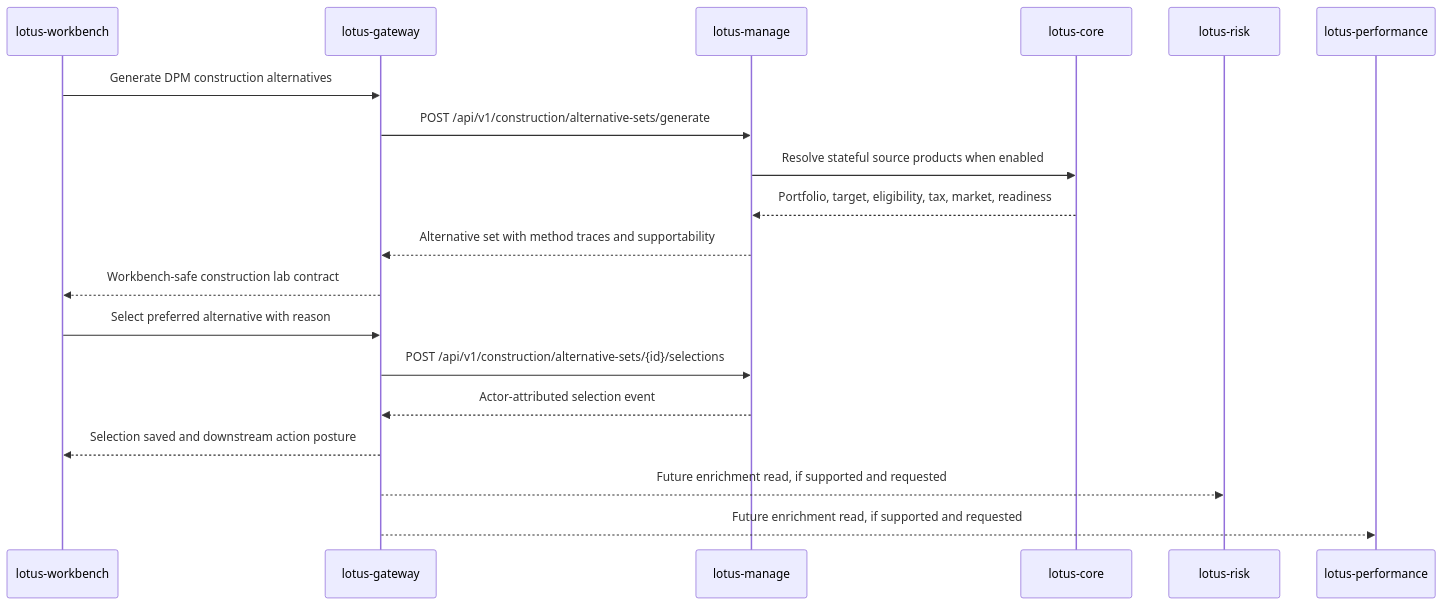
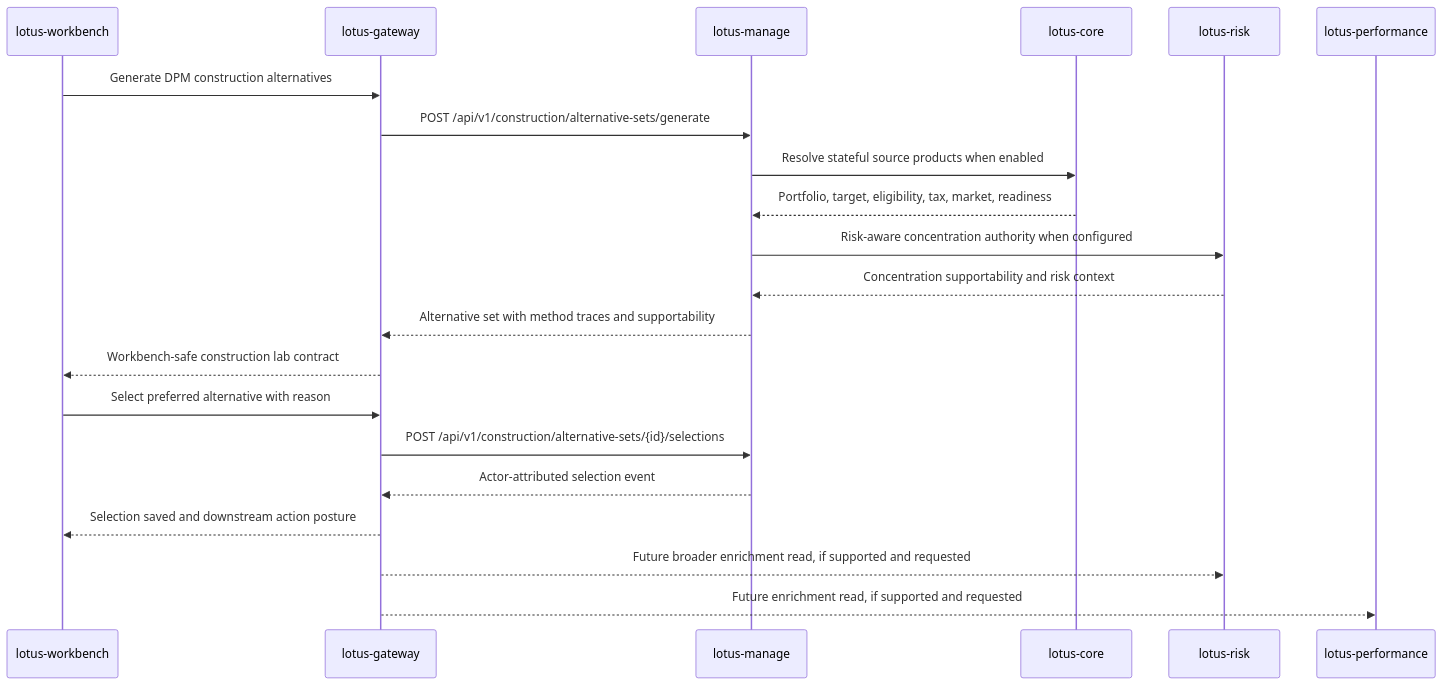
The diagram in docs/architecture/dpm-construction-alternatives-gateway-workbench-handoff.md (sgajbi/lotus-manage), drawn with Mermaid before and after one commit. The commit also changed other lines of this file and 25 other files, not shown here.

````diff
--- a/docs/architecture/dpm-construction-alternatives-gateway-workbench-handoff.md
+++ b/docs/architecture/dpm-construction-alternatives-gateway-workbench-handoff.md
@@ -141,22 +154,24 @@
 ```mermaid
 sequenceDiagram
     participant Workbench as lotus-workbench
     participant Gateway as lotus-gateway
     participant Manage as lotus-manage
     participant Core as lotus-core
     participant Risk as lotus-risk
     participant Perf as lotus-performance
 
     Workbench->>Gateway: Generate DPM construction alternatives
     Gateway->>Manage: POST /api/v1/construction/alternative-sets/generate
     Manage->>Core: Resolve stateful source products when enabled
     Core-->>Manage: Portfolio, target, eligibility, tax, market, readiness
+    Manage->>Risk: Risk-aware concentration authority when configured
+    Risk-->>Manage: Concentration supportability and risk context
     Manage-->>Gateway: Alternative set with method traces and supportability
     Gateway-->>Workbench: Workbench-safe construction lab contract
     Workbench->>Gateway: Select preferred alternative with reason
     Gateway->>Manage: POST /api/v1/construction/alternative-sets/{id}/selections
     Manage-->>Gateway: Actor-attributed selection event
     Gateway-->>Workbench: Selection saved and downstream action posture
-    Gateway-->>Risk: Future enrichment read, if supported and requested
+    Gateway-->>Risk: Future broader enrichment read, if supported and requested
     Gateway-->>Perf: Future enrichment read, if supported and requested
 ```
````
